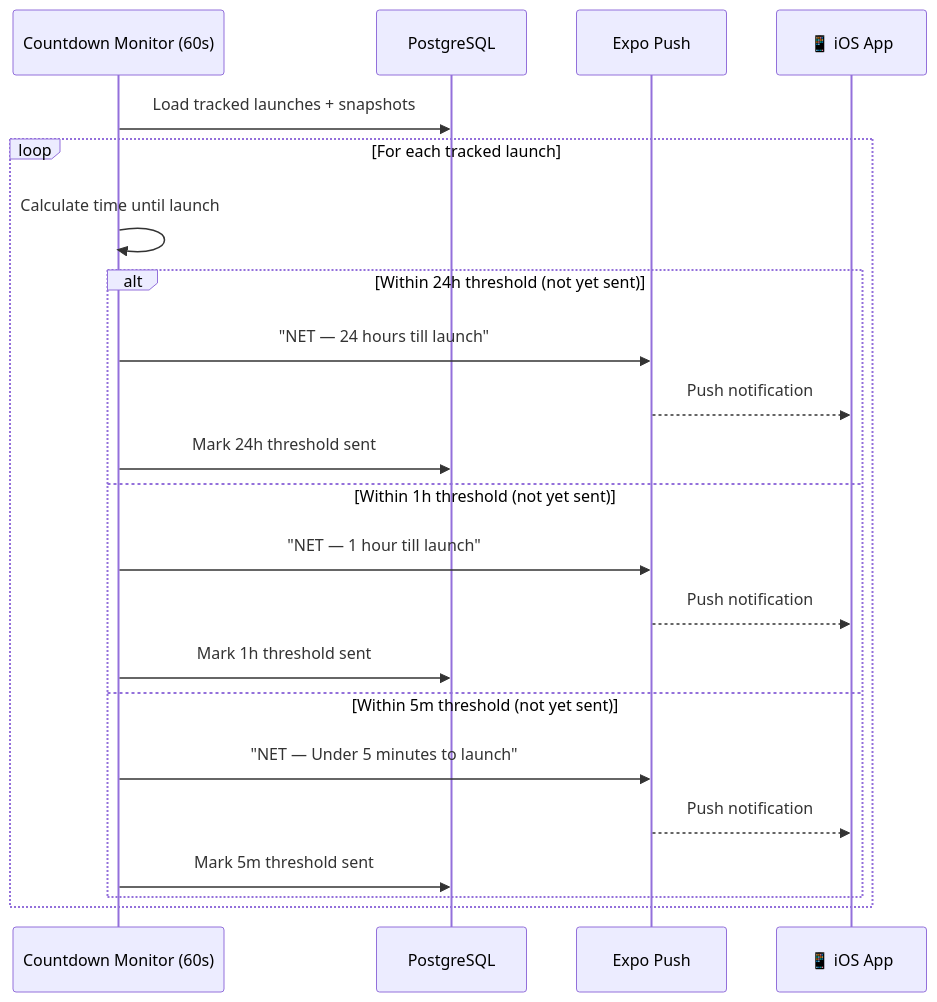
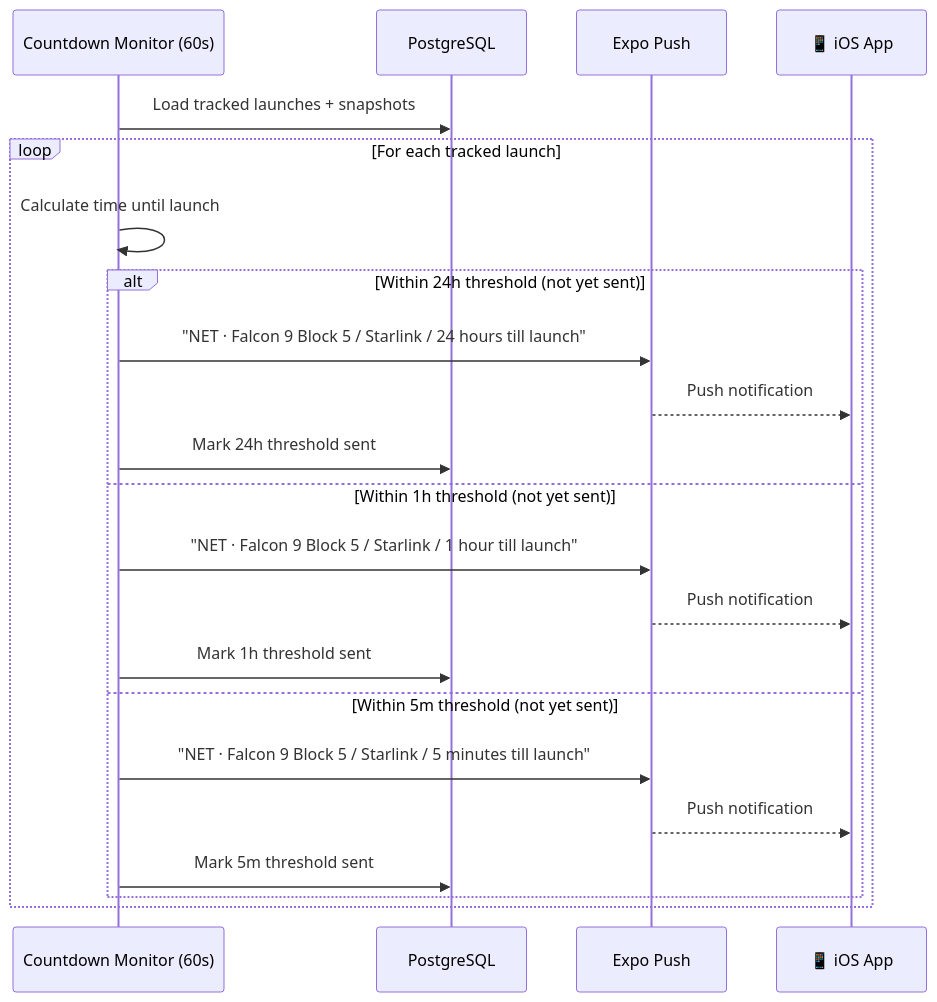
The fourth of 6 diagrams in README.md (jamus/orbitq-api-docs), drawn with Mermaid before and after one commit. The commit also changed other lines of this file and 1 other file, not shown here.

````diff
--- a/README.md
+++ b/README.md
@@ -143,25 +143,25 @@
 ```mermaid
 sequenceDiagram
     participant Job as Countdown Monitor (60s)
     participant DB as PostgreSQL
     participant Expo as Expo Push
     participant App as 📱 iOS App
 
     Job->>DB: Load tracked launches + snapshots
     loop For each tracked launch
         Job->>Job: Calculate time until launch
         alt Within 24h threshold (not yet sent)
-            Job->>Expo: "NET — 24 hours till launch"
+            Job->>Expo: "NET · Falcon 9 Block 5 / Starlink / 24 hours till launch"
             Expo-->>App: Push notification
             Job->>DB: Mark 24h threshold sent
         else Within 1h threshold (not yet sent)
-            Job->>Expo: "NET — 1 hour till launch"
+            Job->>Expo: "NET · Falcon 9 Block 5 / Starlink / 1 hour till launch"
             Expo-->>App: Push notification
             Job->>DB: Mark 1h threshold sent
         else Within 5m threshold (not yet sent)
-            Job->>Expo: "NET — Under 5 minutes to launch"
+            Job->>Expo: "NET · Falcon 9 Block 5 / Starlink / 5 minutes till launch"
             Expo-->>App: Push notification
             Job->>DB: Mark 5m threshold sent
         end
     end
 ```
````
